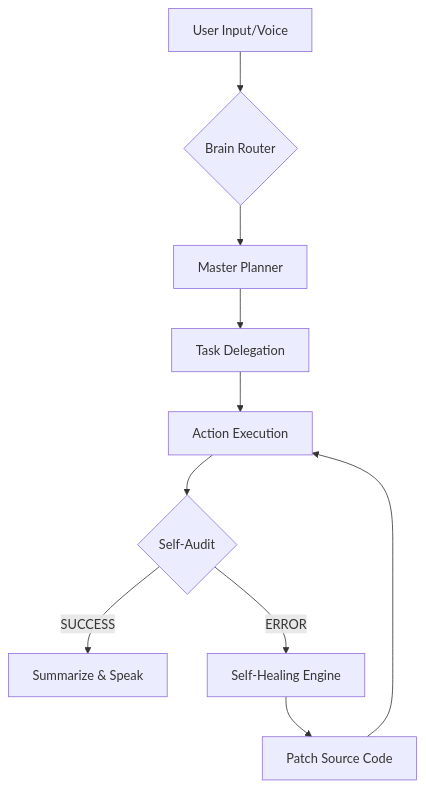
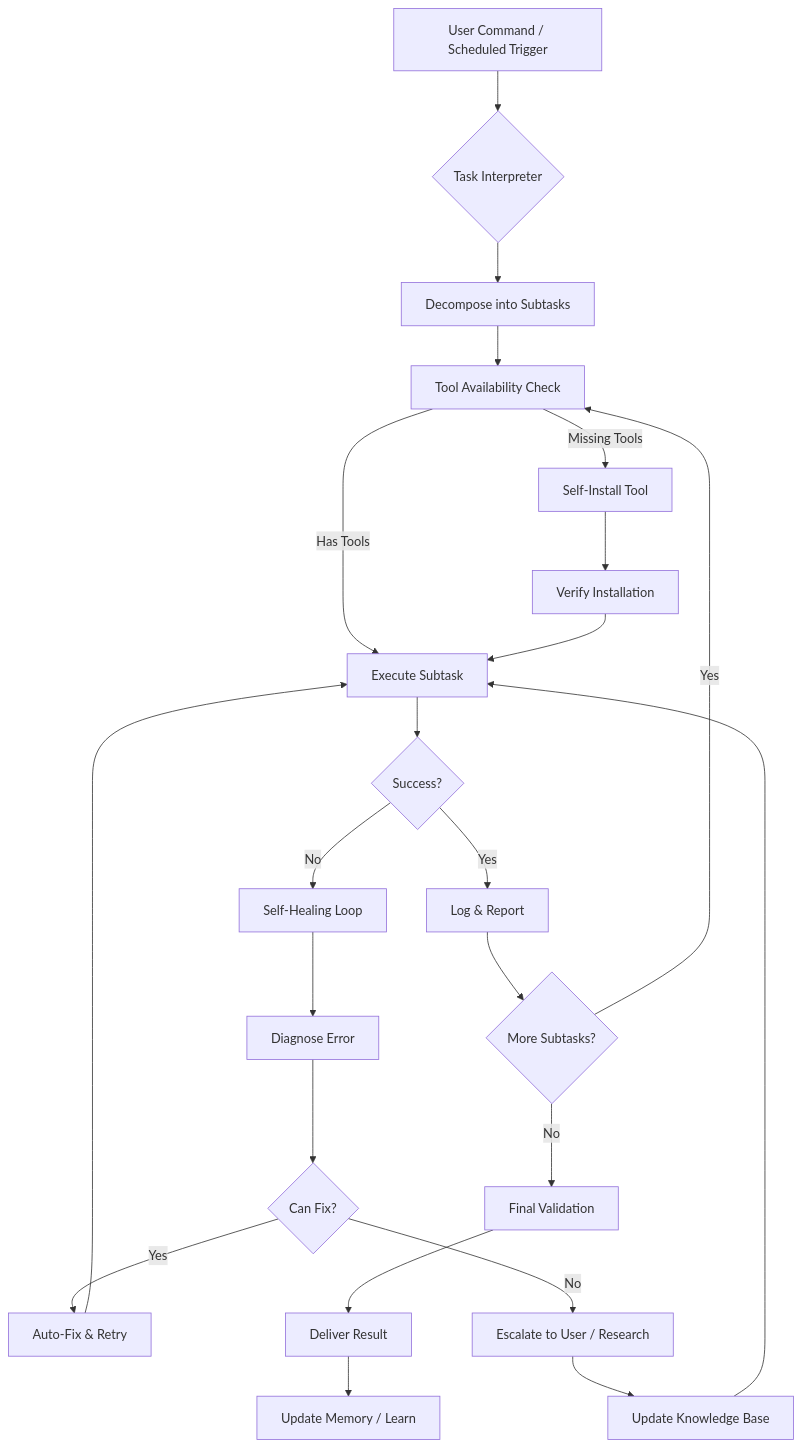
Before and after one commit to cifik1-lgtm/J.aRVIS: the diagram in readme.md, drawn with Mermaid. The commit also changed other lines of this file and 19 other files, not shown here.

````diff
--- a/readme.md
+++ b/readme.md
@@ -68,12 +83,25 @@
 ```mermaid
 graph TD
-    A[User Input/Voice] --> B{Brain Router}
-    B --> C[Master Planner]
-    C --> D[Task Delegation]
-    D --> E[Action Execution]
-    E --> F{Self-Audit}
-    F -- SUCCESS --> G[Summarize & Speak]
-    F -- ERROR --> H[Self-Healing Engine]
-    H --> I[Patch Source Code]
-    I --> E
+    A[User Command / Scheduled Trigger] --> B{Task Interpreter}
+    B --> C[Decompose into Subtasks]
+    C --> D[Tool Availability Check]
+    D -->|Has Tools| E[Execute Subtask]
+    D -->|Missing Tools| F[Self-Install Tool]
+    F --> G[Verify Installation]
+    G --> E
+    E --> H{Success?}
+    H -->|Yes| I[Log & Report]
+    H -->|No| J[Self-Healing Loop]
+    J --> K[Diagnose Error]
+    K --> L{Can Fix?}
+    L -->|Yes| M[Auto-Fix & Retry]
+    M --> E
+    L -->|No| N[Escalate to User / Research]
+    N --> O[Update Knowledge Base]
+    O --> E
+    I --> P{More Subtasks?}
+    P -->|Yes| D
+    P -->|No| Q[Final Validation]
+    Q --> R[Deliver Result]
+    R --> S[Update Memory / Learn]
 ```
````
